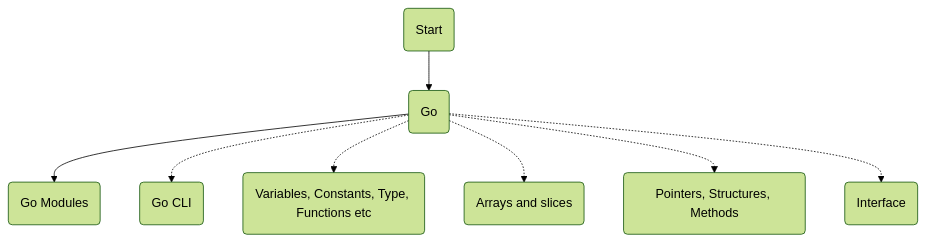
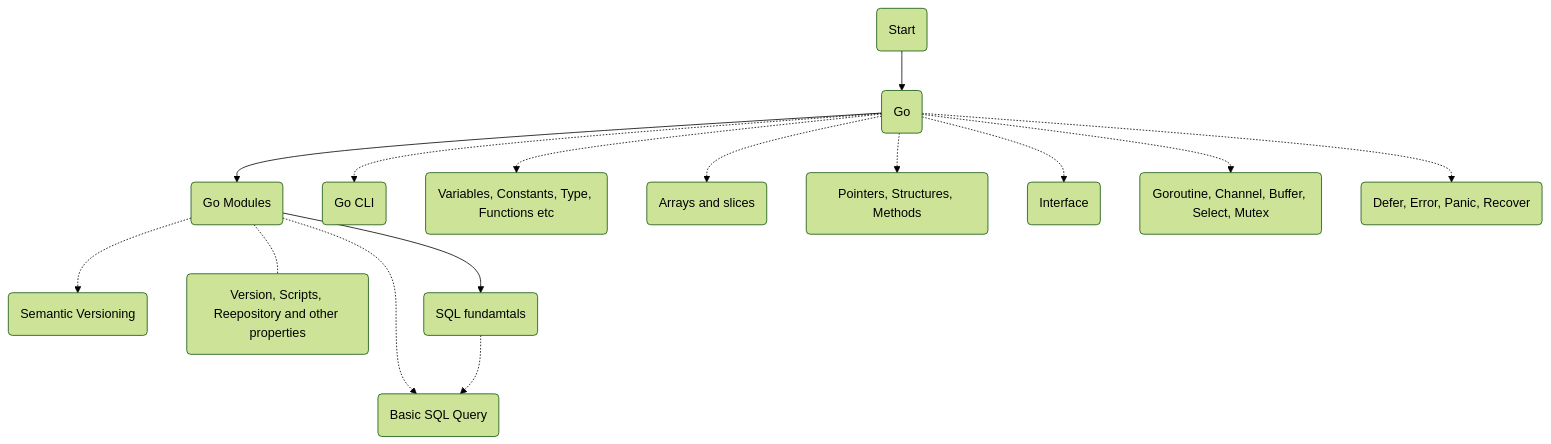
One commit to AliAkberAakash/golang-roadmap changed the diagram in README.md. Above: the diagram before and after it, drawn with Mermaid (forest theme).

````diff
--- a/README.md
+++ b/README.md
@@ -3,11 +3,17 @@
 ```mermaid
 graph TD;
     start(Start)-->A(Go)
     A-->B(Go Modules)
     A-.->A1(Go CLI)
     A-.->A2(Variables, Constants, Type, Functions etc)
     A-.->A3(Arrays and slices)
     A-.->A4(Pointers, Structures, Methods)
     A-.->A5(Interface)
-    
+    A-.->A6(Goroutine, Channel, Buffer, Select, Mutex)
+    A-.->A7(Defer, Error, Panic, Recover)
+    B-.->B1(Go dependency management tool)
+    B-.->B2(Semantic Versioning)
+    B-.-B3(Version, Scripts, Reepository and other properties)
+    B-->C(SQL fundamtals)
+    C-.->B1(Basic SQL Query)
 ```
````
